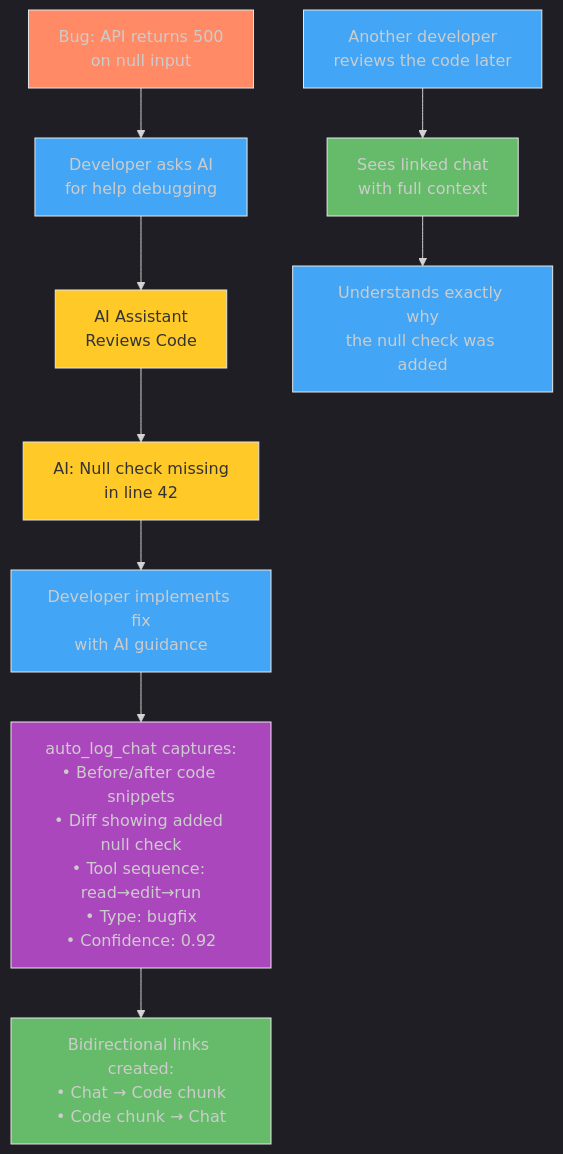
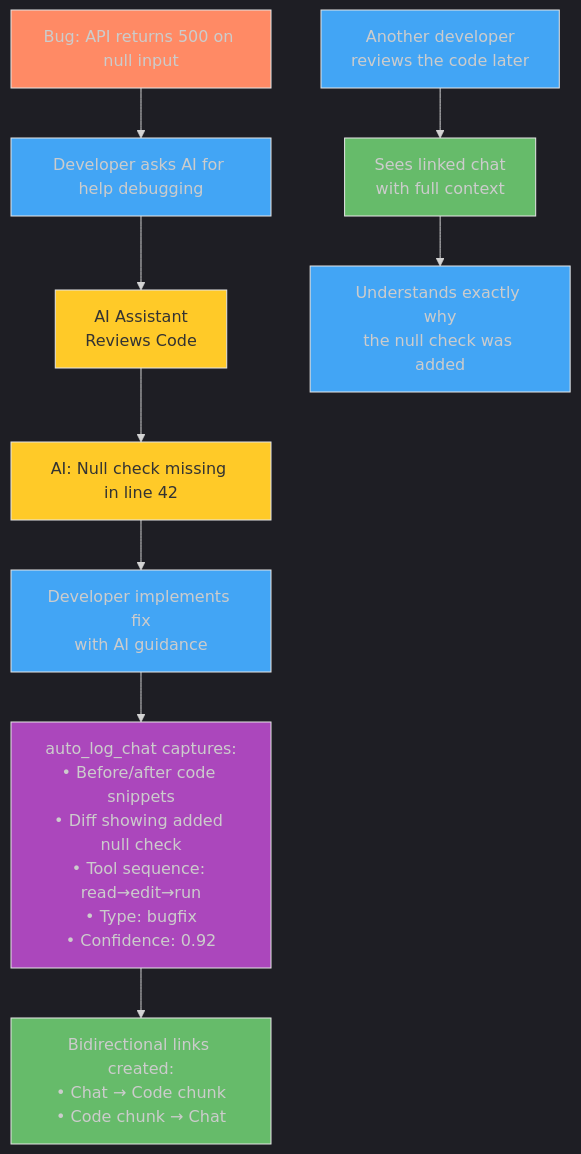
The third of 4 diagrams in docs/usage/enhanced_context_capture.md (somebloke1/chroma_mcp_server), drawn with Mermaid before and after one commit. The commit also changed other lines of this file and 19 other files, not shown here.

````diff
--- a/docs/usage/enhanced_context_capture.md
+++ b/docs/usage/enhanced_context_capture.md
@@ -273,30 +273,30 @@
 ```mermaid
 %%{init: {'theme': 'dark'}}%%
 flowchart TD
-    A["Bug: API returns 500\non null input"] --> B["Developer asks AI\nfor help debugging"]
+    A["Bug: API returns 500 on null input"] --> B["Developer asks AI for help debugging"]
     
     B --> C["AI Assistant\nReviews Code"]
     
-    C --> D["AI: Null check missing\nin line 42"]
+    C --> D["AI: Null check missing in line 42"]
     
     D --> E["Developer implements fix\nwith AI guidance"]
     
     E --> F["auto_log_chat captures:\n• Before/after code snippets\n• Diff showing added null check\n• Tool sequence: read→edit→run\n• Type: bugfix\n• Confidence: 0.92"]
     
     F --> G["Bidirectional links created:\n• Chat → Code chunk\n• Code chunk → Chat"]
     
     H["Another developer\nreviews the code later"] --> I["Sees linked chat\nwith full context"]
     
     I --> J["Understands exactly why\nthe null check was added"]
 
     style A fill:#FF8A65,stroke:#E6E6E6,stroke-width:1px
     style B fill:#42A5F5,stroke:#E6E6E6,stroke-width:1px
     style C fill:#FFCA28,stroke:#E6E6E6,stroke-width:1px,color:#333333
     style D fill:#FFCA28,stroke:#E6E6E6,stroke-width:1px,color:#333333
     style E fill:#42A5F5,stroke:#E6E6E6,stroke-width:1px
     style F fill:#AB47BC,stroke:#E6E6E6,stroke-width:1px
     style G fill:#66BB6A,stroke:#E6E6E6,stroke-width:1px
     style H fill:#42A5F5,stroke:#E6E6E6,stroke-width:1px
     style I fill:#66BB6A,stroke:#E6E6E6,stroke-width:1px
     style J fill:#42A5F5,stroke:#E6E6E6,stroke-width:1px
 ```
````
